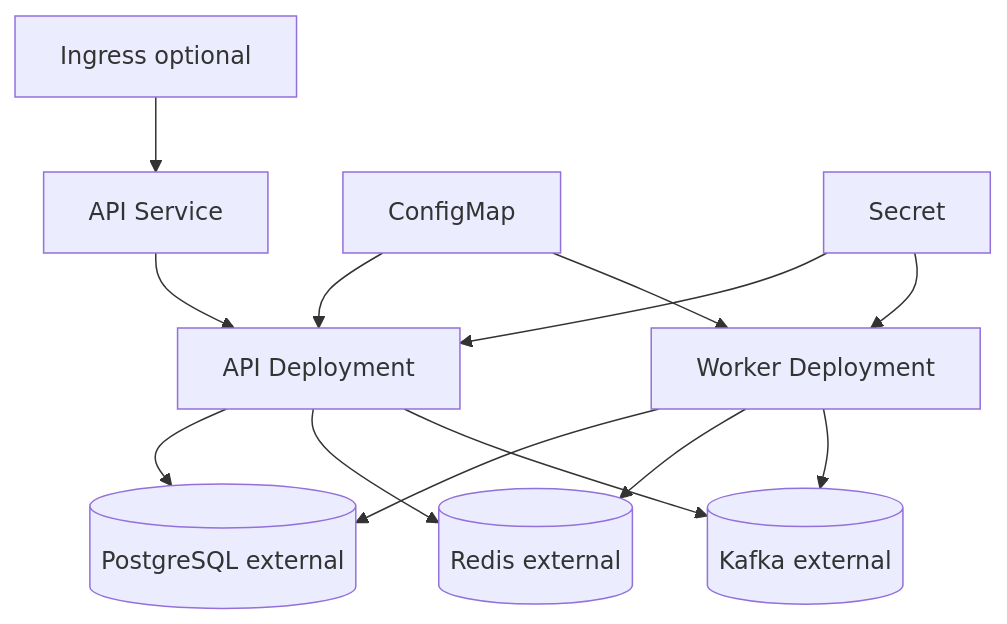
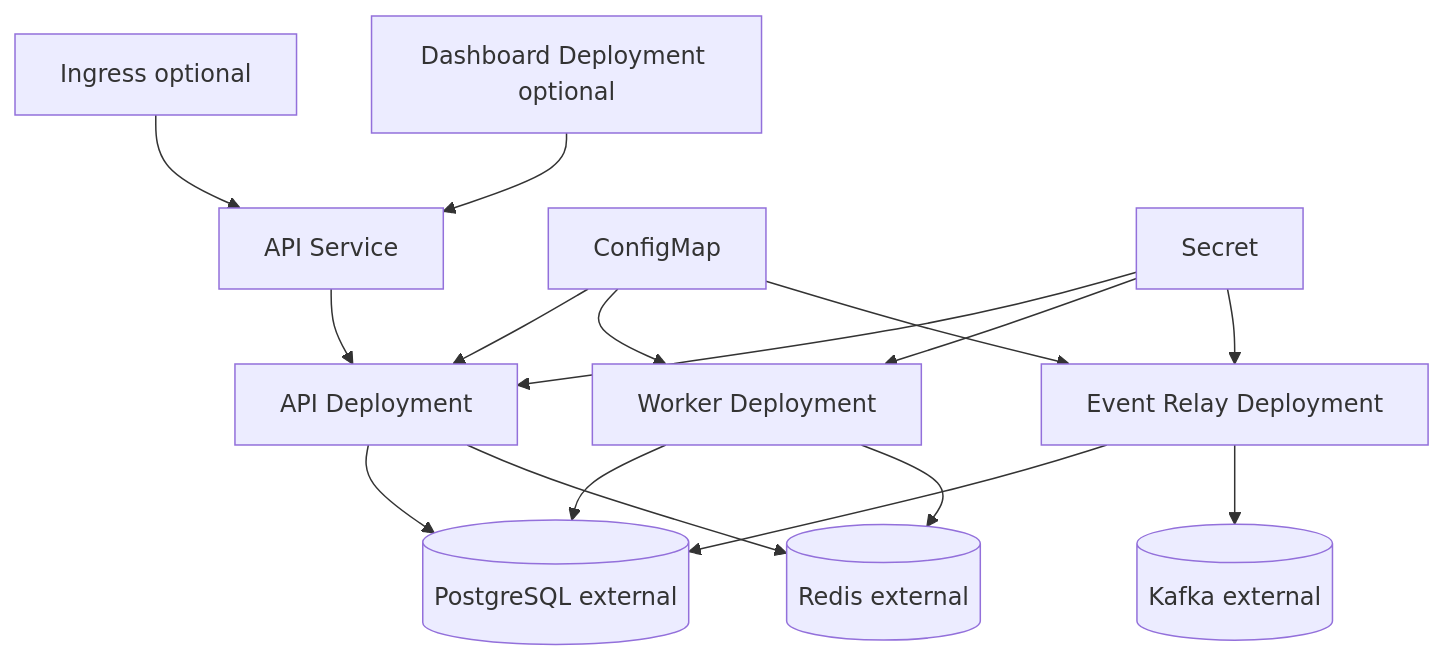
Before and after one commit to bhanu-teja2/distributed-job-scheduler: the third of 3 diagrams in docs/system-design/deployment.md, drawn with Mermaid. The commit also changed other lines of this file and 62 other files, not shown here.

Commit message:
docs: add implementation guide and architecture notes

````diff
--- a/docs/system-design/deployment.md
+++ b/docs/system-design/deployment.md
@@ -39,15 +42,18 @@
 ```mermaid
 flowchart TB
     Ingress["Ingress optional"] --> Svc["API Service"]
     Svc --> ApiPods["API Deployment"]
     WorkerPods["Worker Deployment"] --> PG[("PostgreSQL external")]
     ApiPods --> PG
     ApiPods --> Redis[("Redis external")]
     WorkerPods --> Redis
-    ApiPods --> Kafka[("Kafka external")]
-    WorkerPods --> Kafka
+    RelayPods["Event Relay Deployment"] --> PG
+    RelayPods --> Kafka[("Kafka external")]
+    DashboardPods["Dashboard Deployment optional"] --> Svc
     Config["ConfigMap"] --> ApiPods
     Config --> WorkerPods
+    Config --> RelayPods
     Secret["Secret"] --> ApiPods
     Secret --> WorkerPods
+    Secret --> RelayPods
 ```
````
